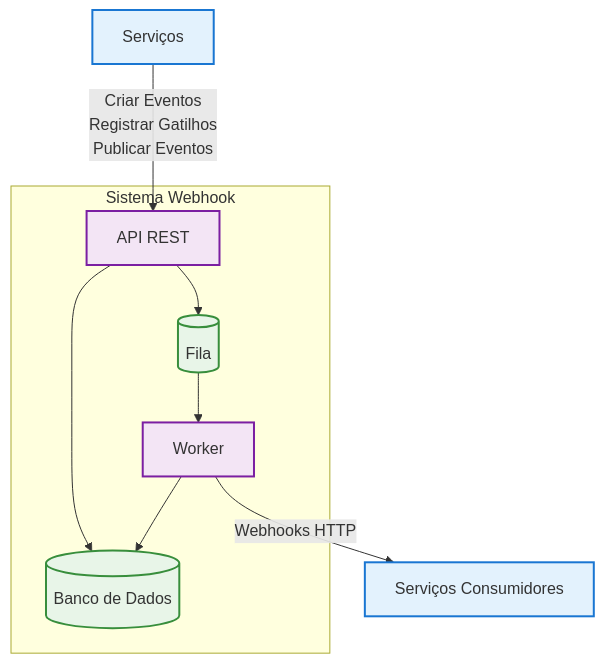
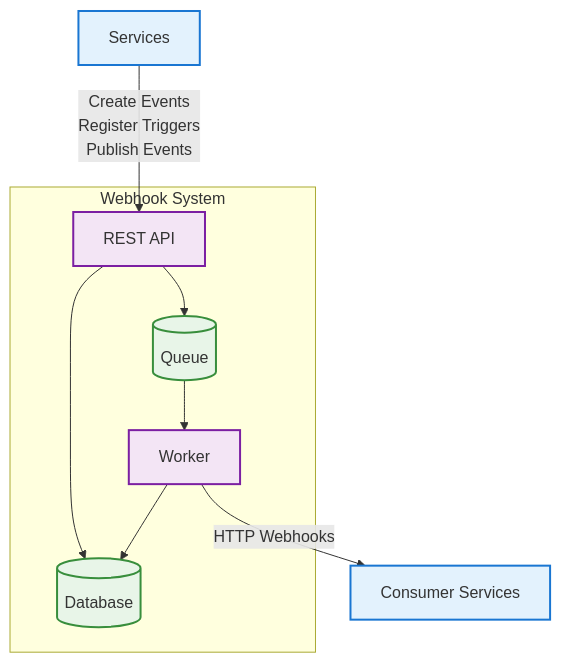
One commit to IsaacDSC/gqueue changed the diagram in README.md. Above: the diagram before and after it, drawn with Mermaid. The commit also changed other lines of this file and 3 other files, not shown here.

First line of the commit message:
Revamp README with architecture, usage, and profiles

````diff
--- a/README.md
+++ b/README.md
@@ -44,33 +113,33 @@
 ```mermaid
 graph TB
-    %% Serviços
-    Services[Serviços]
-    
-    %% Sistema Webhook Central
-    subgraph "Sistema Webhook"
-        API[API REST]
+    %% Services
+    Services[Services]
+
+    %% Central Webhook System
+    subgraph "Webhook System"
+        API[REST API]
         Worker[Worker]
-        Database[(Banco de Dados)]
-        Queue[(Fila)]
+        Database[(Database)]
+        Queue[(Queue)]
     end
-    
-    %% Consumidores
-    Consumers[Serviços Consumidores]
-    
-    %% Fluxos
-    Services -->|Criar Eventos<br/>Registrar Gatilhos<br/>Publicar Eventos| API
+
+    %% Consumers
+    Consumers[Consumer Services]
+
+    %% Flows
+    Services -->|Create Events<br/>Register Triggers<br/>Publish Events| API
     API --> Database
     API --> Queue
     Queue --> Worker
     Worker --> Database
-    Worker -->|Webhooks HTTP| Consumers
-    
-    %% Estilos
+    Worker -->|HTTP Webhooks| Consumers
+
+    %% Styles
     classDef serviceStyle fill:#e3f2fd,stroke:#1976d2,stroke-width:2px
     classDef systemStyle fill:#f3e5f5,stroke:#7b1fa2,stroke-width:2px
     classDef storageStyle fill:#e8f5e8,stroke:#388e3c,stroke-width:2px
-    
+
     class Services,Consumers serviceStyle
     class API,Worker systemStyle
     class Database,Queue storageStyle
 ```
````
